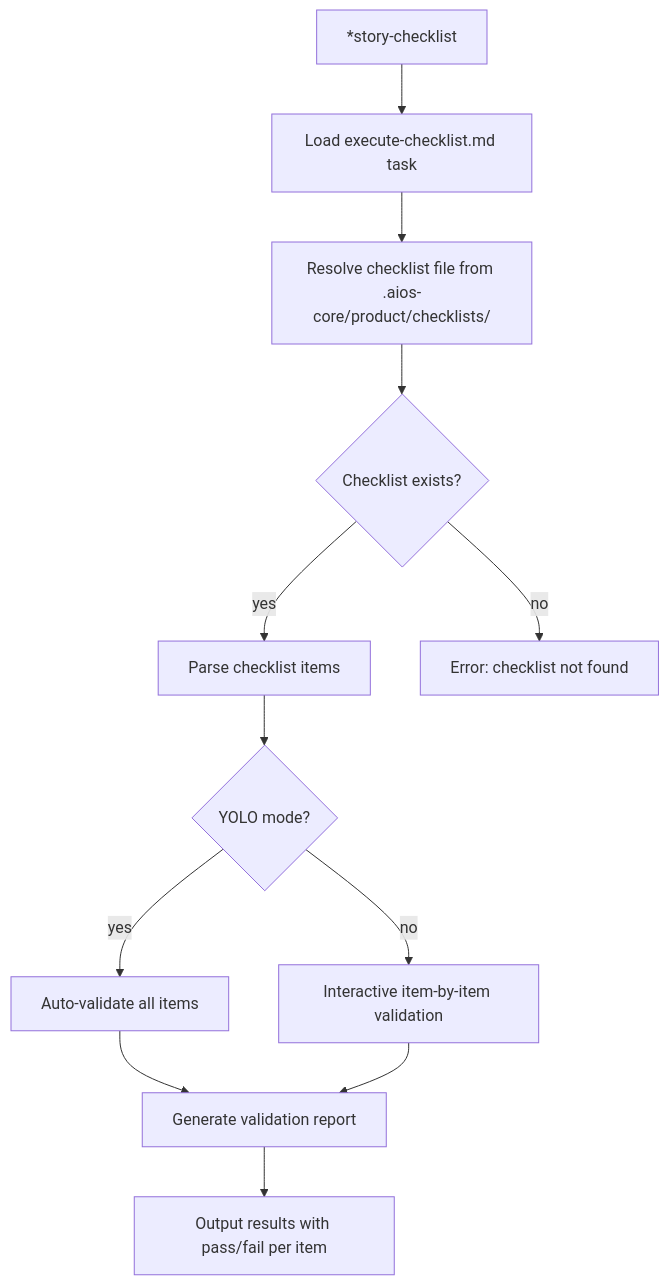
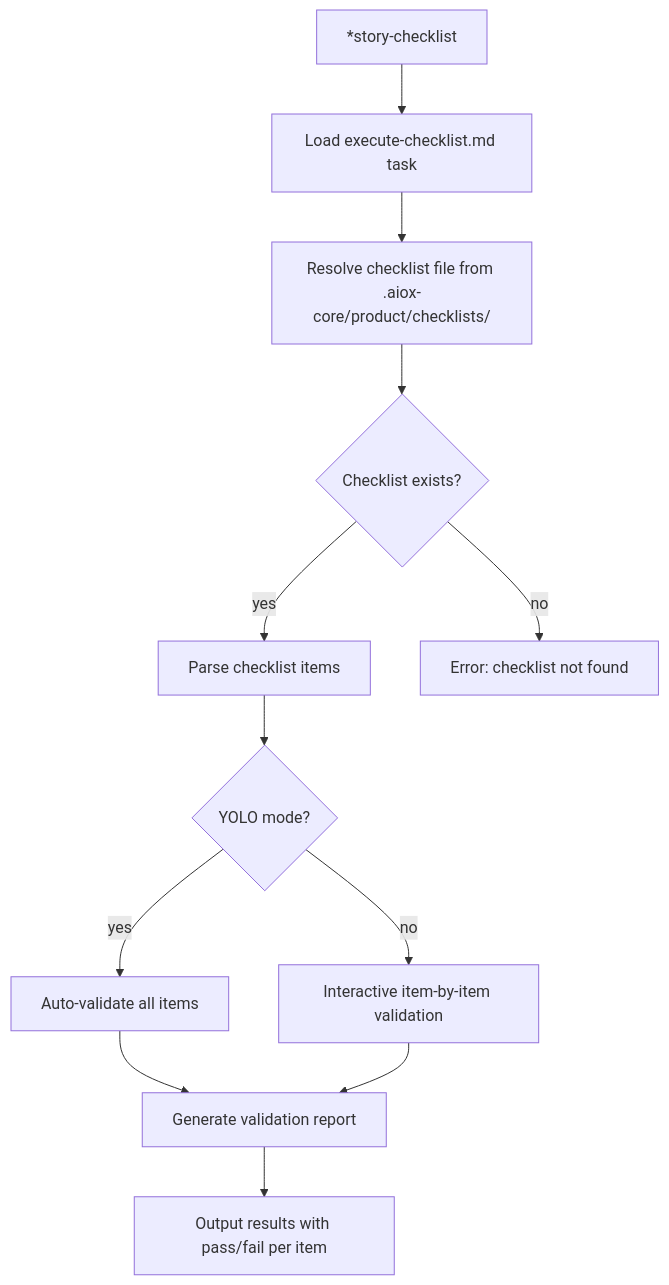
Before and after one commit to brunajunckes/aiox-core: the third of 6 diagrams in docs/guides/agents/traces/sm-execution-trace.md, drawn with Mermaid. The commit also changed other lines of this file and 3396 other files, not shown here.

First line of the commit message:
chore: rebrand aios → aiox across entire codebase (#552)

````diff
--- a/docs/guides/agents/traces/sm-execution-trace.md
+++ b/docs/guides/agents/traces/sm-execution-trace.md
@@ -170,14 +170,14 @@
 ```mermaid
 flowchart TD
     A["*story-checklist"] --> B[Load execute-checklist.md task]
-    B --> C[Resolve checklist file from .aios-core/product/checklists/]
+    B --> C[Resolve checklist file from .aiox-core/product/checklists/]
     C --> D{Checklist exists?}
     D -->|yes| E[Parse checklist items]
     D -->|no| F[Error: checklist not found]
     E --> G{YOLO mode?}
     G -->|yes| H[Auto-validate all items]
     G -->|no| I[Interactive item-by-item validation]
     H --> J[Generate validation report]
     I --> J
     J --> K[Output results with pass/fail per item]
 ```
````
